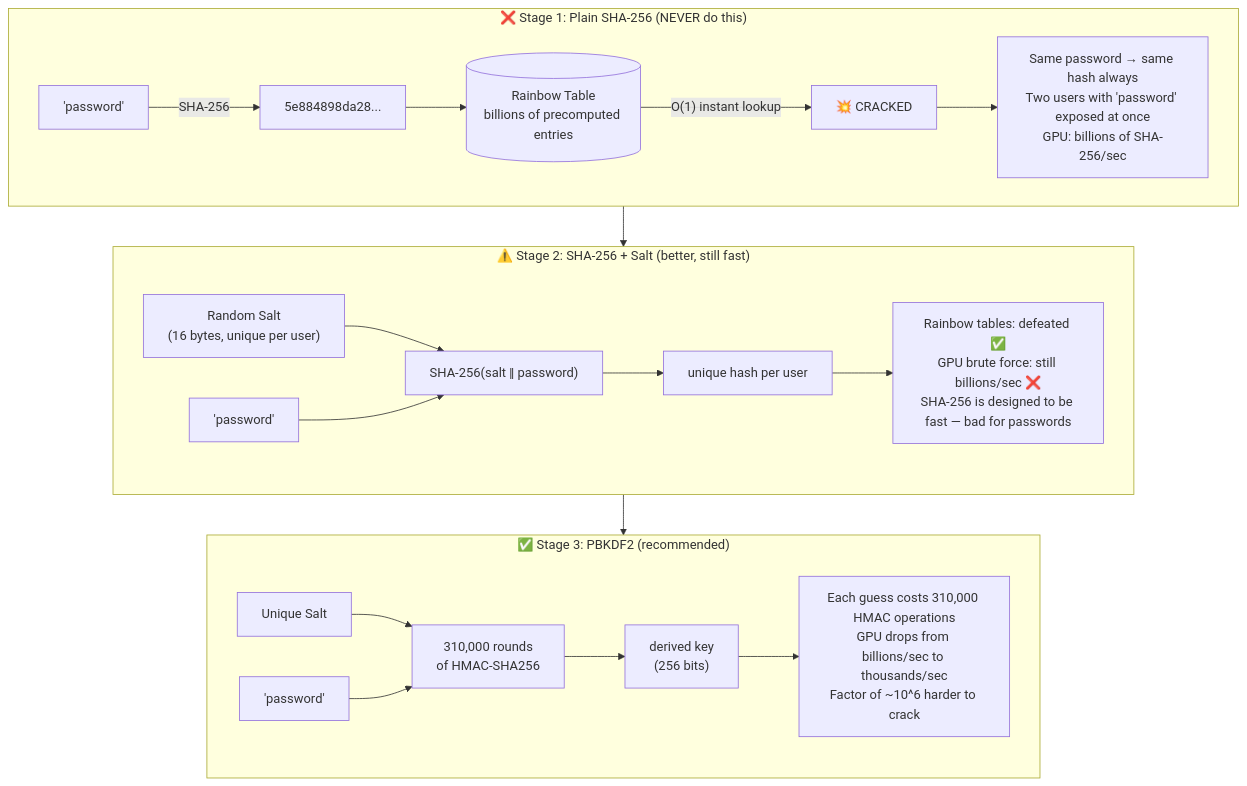
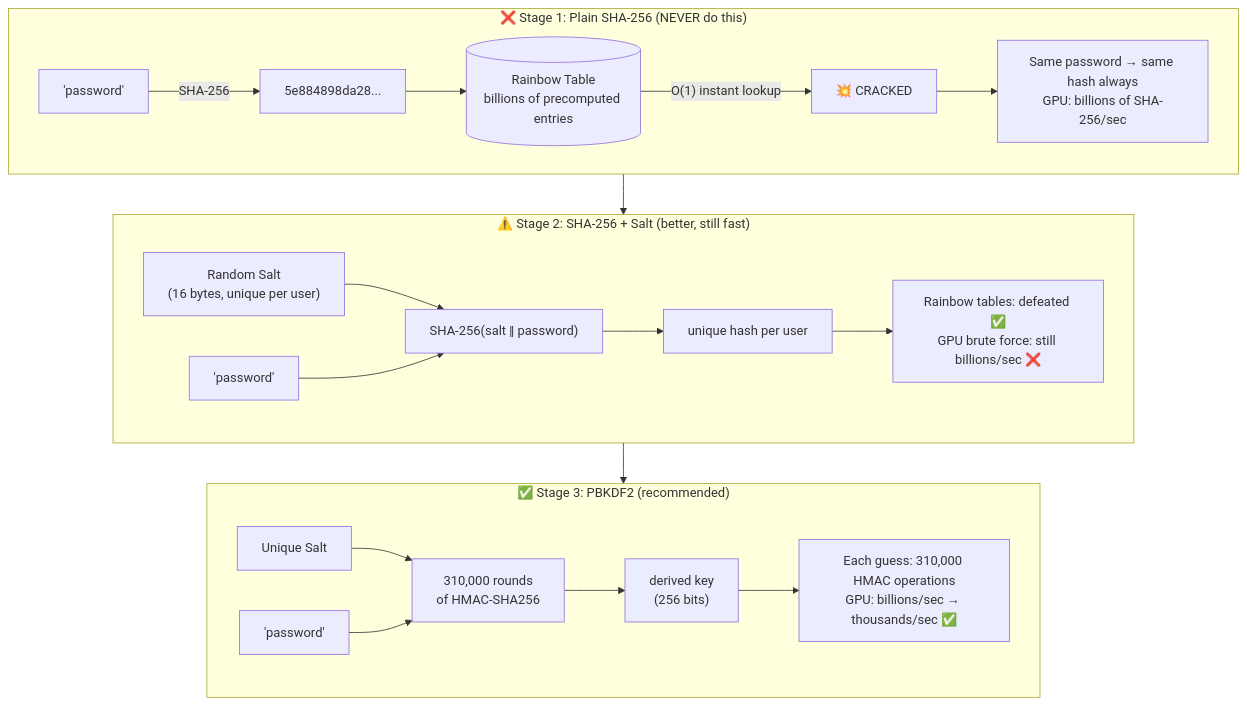
The first of 4 diagrams in src/main/java/security/passwords/README.md (csoares/SecurityJava), drawn with Mermaid before and after one commit. The commit also changed 10 other files, not shown here.

Commit message:
Refine README diagrams and descriptions for clarity and accuracy

````diff
--- a/src/main/java/security/passwords/README.md
+++ b/src/main/java/security/passwords/README.md
@@ -16,23 +16,23 @@
 ```mermaid
 flowchart TD
     subgraph Stage1 ["❌ Stage 1: Plain SHA-256  (NEVER do this)"]
         P1["'password'"] -->|"SHA-256"| H1["5e884898da28..."]
         H1 --> RT[("Rainbow Table<br/>billions of precomputed entries")]
         RT -->|"O(1) instant lookup"| CRACK1["💥 CRACKED"]
-        CRACK1 --> NOTE1["Same password → same hash always<br/>Two users with 'password' exposed at once<br/>GPU: billions of SHA-256/sec"]
+        CRACK1 --> NOTE1["Same password → same hash always<br/>GPU: billions of SHA-256/sec"]
     end
 
     subgraph Stage2 ["⚠️ Stage 2: SHA-256 + Salt  (better, still fast)"]
         SALT2["Random Salt<br/>(16 bytes, unique per user)"] --> MIX["SHA-256(salt ‖ password)"]
         P2["'password'"] --> MIX --> H2["unique hash per user"]
-        H2 --> NOTE2["Rainbow tables: defeated ✅<br/>GPU brute force: still billions/sec ❌<br/>SHA-256 is designed to be fast — bad for passwords"]
+        H2 --> NOTE2["Rainbow tables: defeated ✅<br/>GPU brute force: still billions/sec ❌"]
     end
 
     subgraph Stage3 ["✅ Stage 3: PBKDF2  (recommended)"]
         SALT3["Unique Salt"] --> SLOW["310,000 rounds<br/>of HMAC-SHA256"]
         P3["'password'"] --> SLOW --> H3["derived key<br/>(256 bits)"]
-        H3 --> NOTE3["Each guess costs 310,000 HMAC operations<br/>GPU drops from billions/sec to thousands/sec<br/>Factor of ~10^6 harder to crack"]
+        H3 --> NOTE3["Each guess: 310,000 HMAC operations<br/>GPU: billions/sec → thousands/sec ✅"]
     end
 
     Stage1 --> Stage2 --> Stage3
 ```
````
